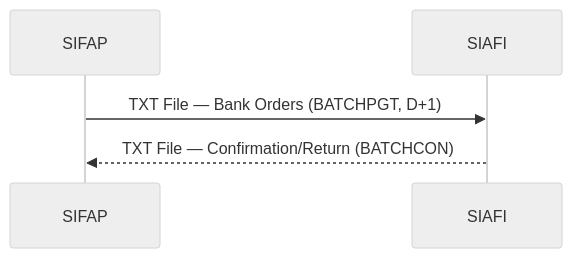
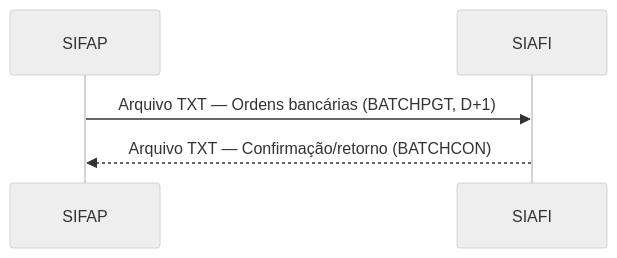
Before and after one commit to serpro-workshop-floripa/sifap-workshop-paula-00: the fourth of 6 diagrams in 01-archaeology/legacy-sifap/legacy-docs/ORIGINAL-ARCHITECTURE-1997.md, drawn with Mermaid. The commit also changed other lines of this file and 19 other files, not shown here.

````diff
--- a/01-archaeology/legacy-sifap/legacy-docs/ORIGINAL-ARCHITECTURE-1997.md
+++ b/01-archaeology/legacy-sifap/legacy-docs/ORIGINAL-ARCHITECTURE-1997.md
@@ -316,9 +316,9 @@
 ```mermaid
 %%{init: {'theme':'neutral','themeVariables':{'fontFamily':'ui-sans-serif, system-ui, sans-serif','primaryColor':'#F5F5F5','primaryTextColor':'#171717','primaryBorderColor':'#171717','lineColor':'#525252','secondaryColor':'#FFFFFF','tertiaryColor':'#FAFAFA','background':'#FFFFFF'}}}%%
 sequenceDiagram
     participant SIFAP
     participant SIAFI
 
-    SIFAP->>SIAFI: TXT File — Bank Orders (BATCHPGT, D+1)
-    SIAFI-->>SIFAP: TXT File — Confirmation/Return (BATCHCON)
+    SIFAP->>SIAFI: Arquivo TXT — Ordens bancárias (BATCHPGT, D+1)
+    SIAFI-->>SIFAP: Arquivo TXT — Confirmação/retorno (BATCHCON)
 ```
````
